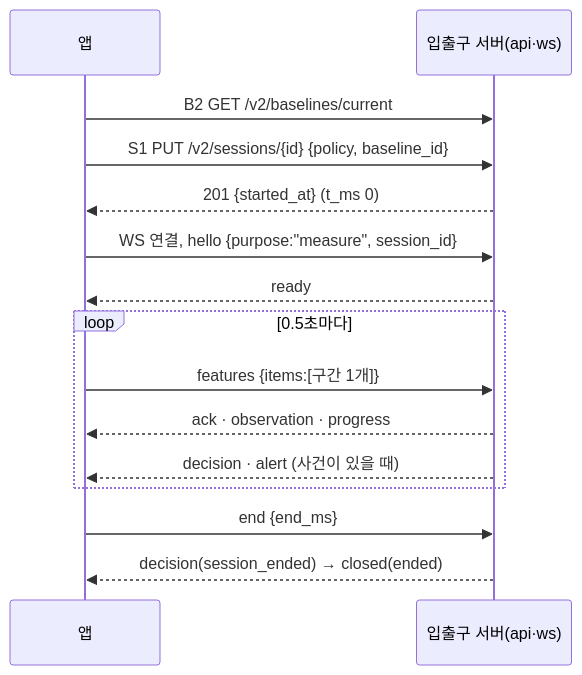
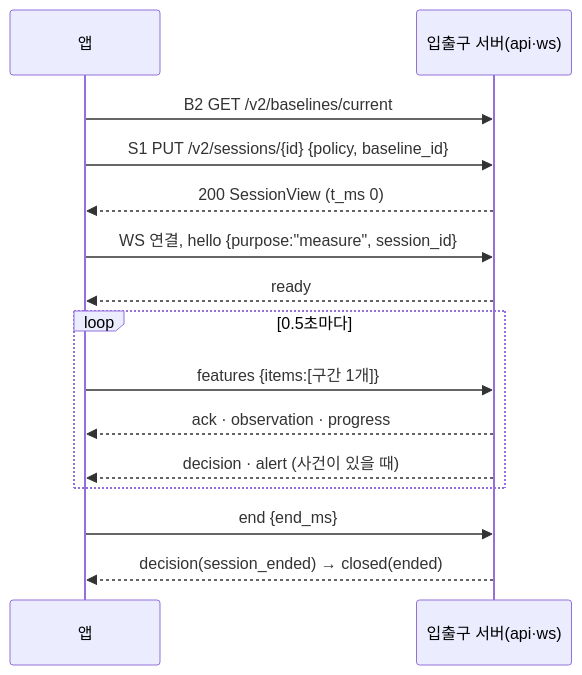
One commit to Jeon-Seho/sitting-posture-corrector changed the first of 2 diagrams in docs/design/api-ws-spec.md. Above: the diagram before and after it, drawn with Mermaid. The commit also changed other lines of this file and 2 other files, not shown here.

First line of the commit message:
docs(repo): REST 필드를 BE 코드와 대조(연동 명세 0.6), S1·S3 응답을 BE의 200 SessionView에 맞춤

````diff
--- a/docs/design/api-ws-spec.md
+++ b/docs/design/api-ws-spec.md
@@ -343,17 +361,17 @@
 ```mermaid
 sequenceDiagram
   participant A as 앱
   participant S as 입출구 서버(api·ws)
   A->>S: B2 GET /v2/baselines/current
   A->>S: S1 PUT /v2/sessions/{id} {policy, baseline_id}
-  S-->>A: 201 {started_at} (t_ms 0)
+  S-->>A: 200 SessionView (t_ms 0)
   A->>S: WS 연결, hello {purpose:"measure", session_id}
   S-->>A: ready
   loop 0.5초마다
     A->>S: features {items:[구간 1개]}
     S-->>A: ack · observation · progress
     S-->>A: decision · alert (사건이 있을 때)
   end
   A->>S: end {end_ms}
   S-->>A: decision(session_ended) → closed(ended)
 ```
````
